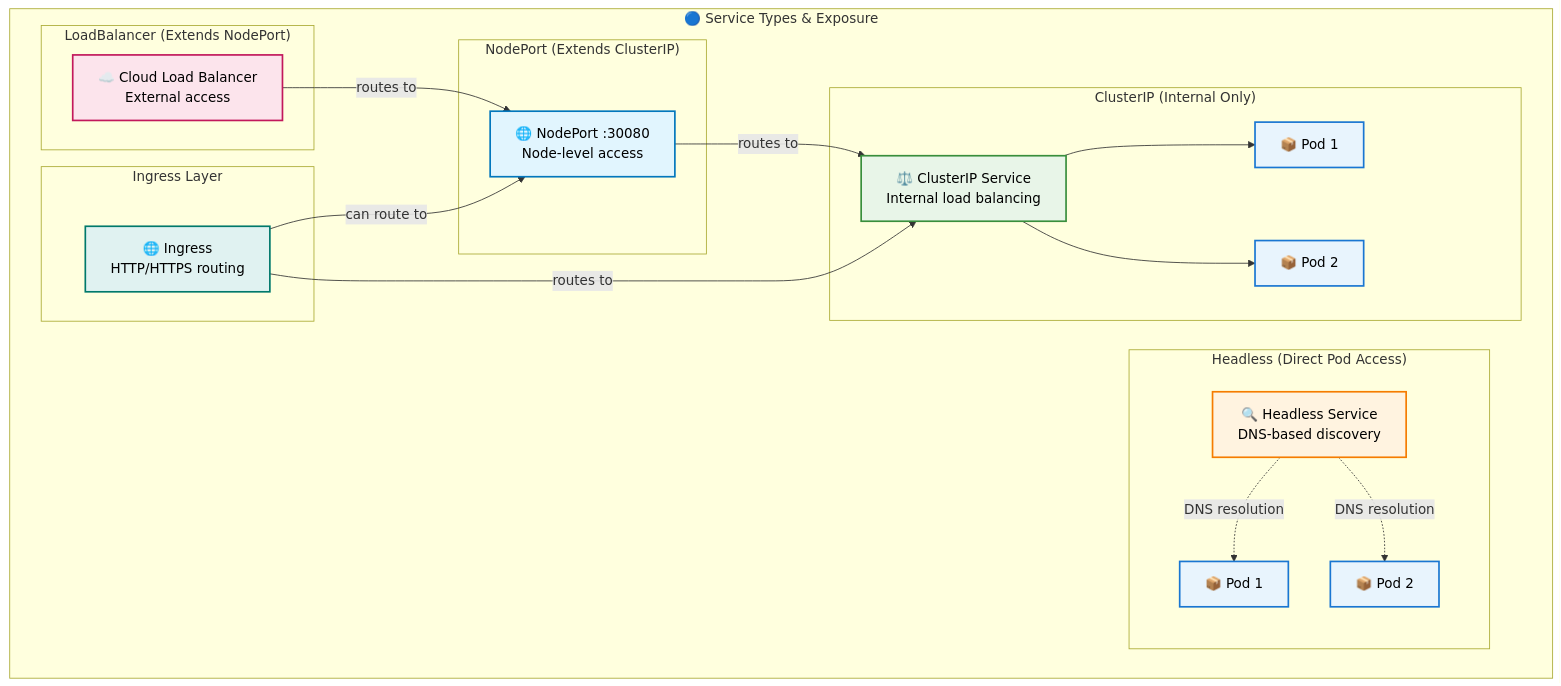
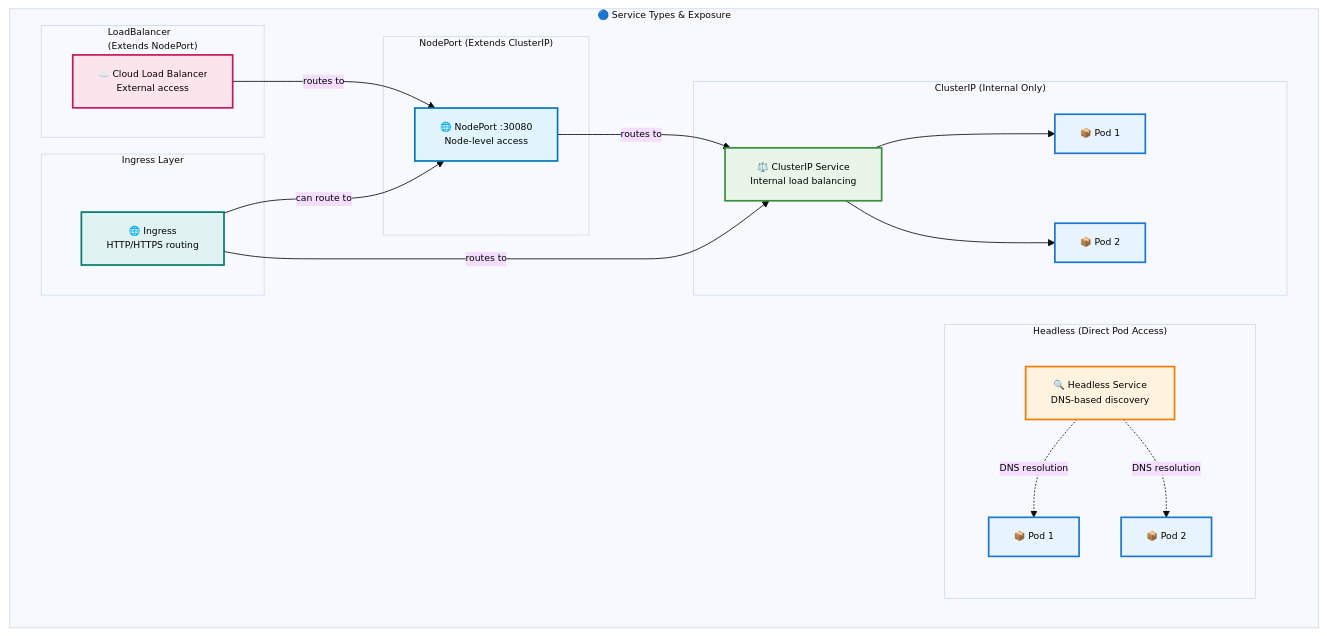
One commit to razkevich/system_design_course changed the fourth of 13 diagrams in 1.4_distributed_systems/kubernetes_resource_hierarchy_guide.md. Above: the diagram before and after it, drawn with Mermaid. The commit also changed other lines of this file and 2 other files, not shown here.

````diff
--- a/1.4_distributed_systems/kubernetes_resource_hierarchy_guide.md
+++ b/1.4_distributed_systems/kubernetes_resource_hierarchy_guide.md
@@ -134,43 +137,44 @@
 ```mermaid
+%%{init: {'theme':'base', 'themeVariables': { 'primaryTextColor': '#000', 'fontSize': '11px'}}}%%
 flowchart TD
     subgraph "🔵 Service Types & Exposure"
         
         subgraph "ClusterIP (Internal Only)"
             ClusterIP["⚖️ ClusterIP Service<br/>Internal load balancing"]
             ClusterIP --> P1["📦 Pod 1"]
             ClusterIP --> P2["📦 Pod 2"]
         end
         
         subgraph "NodePort (Extends ClusterIP)"
             NodePort["🌐 NodePort :30080<br/>Node-level access"]
             NodePort -->|"routes to"| ClusterIP
         end
         
-        subgraph "LoadBalancer (Extends NodePort)"
+        subgraph "LoadBalancer <br> (Extends NodePort)"
             LoadBalancer["☁️ Cloud Load Balancer<br/>External access"]
             LoadBalancer -->|"routes to"| NodePort
         end
         
         subgraph "Headless (Direct Pod Access)"
             HeadlessService["🔍 Headless Service<br/>DNS-based discovery"]
             HeadlessService -.->|"DNS resolution"| HP1["📦 Pod 1"]
             HeadlessService -.->|"DNS resolution"| HP2["📦 Pod 2"]
         end
         
         subgraph "Ingress Layer"
             IngressRoute["🌐 Ingress<br/>HTTP/HTTPS routing"]
             IngressRoute -->|"routes to"| ClusterIP
             IngressRoute -->|"can route to"| NodePort
         end
     end
     
     style ClusterIP fill:#e8f5e8,stroke:#388e3c,stroke-width:2px,color:#000
     style NodePort fill:#e1f5fe,stroke:#0277bd,stroke-width:2px,color:#000
     style LoadBalancer fill:#fce4ec,stroke:#c2185b,stroke-width:2px,color:#000
     style HeadlessService fill:#fff3e0,stroke:#f57c00,stroke-width:2px,color:#000
     style IngressRoute fill:#e0f2f1,stroke:#00796b,stroke-width:2px,color:#000
     style P1 fill:#e8f4fd,stroke:#1976d2,stroke-width:2px,color:#000
     style P2 fill:#e8f4fd,stroke:#1976d2,stroke-width:2px,color:#000
     style HP1 fill:#e8f4fd,stroke:#1976d2,stroke-width:2px,color:#000
     style HP2 fill:#e8f4fd,stroke:#1976d2,stroke-width:2px,color:#000
 ```
````
